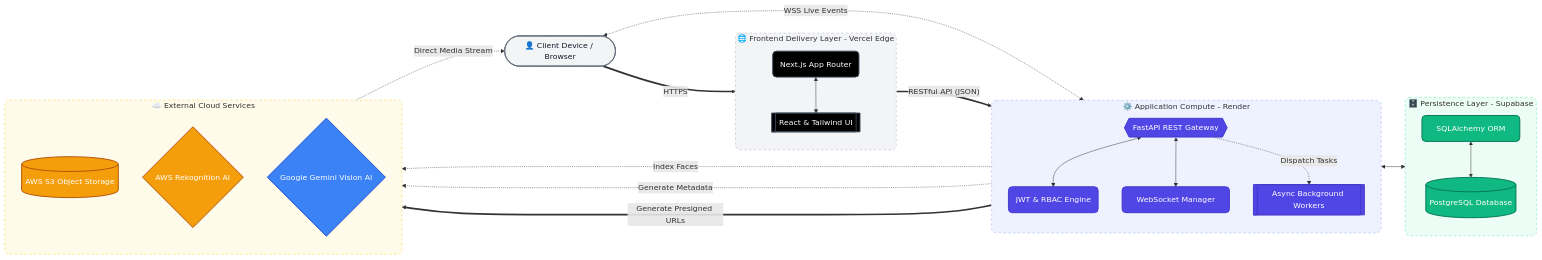
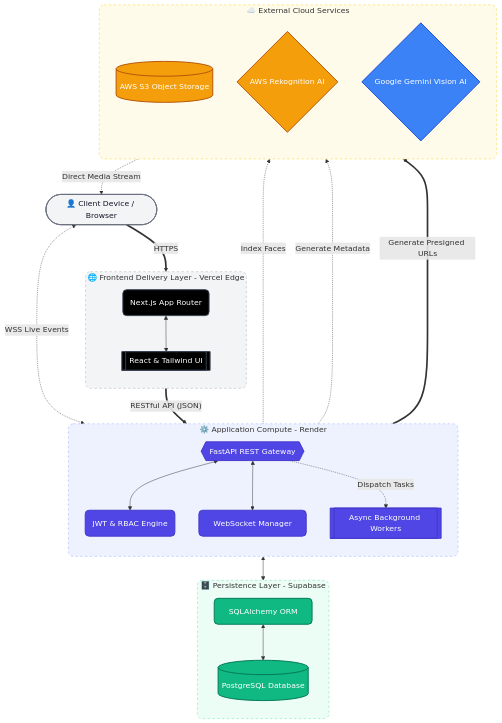
The diagram in architecture.md (divyansh070/cig_project_dev), drawn with Mermaid before and after one commit.

Commit message:
docs: Change architecture diagram to vertical layout

````diff
--- a/architecture.md
+++ b/architecture.md
@@ -7,78 +7,78 @@
 ```mermaid
-graph LR
+graph TB
     %% Actors
     Client([👤 Client Device / Browser])
 
     %% Frontend Subsystem
     subgraph Frontend [🌐 Frontend Delivery Layer - Vercel Edge]
         direction TB
         NextApp(Next.js App Router)
         ReactUI[[React & Tailwind UI]]
         NextApp <--> ReactUI
     end
 
     %% Backend Subsystem
     subgraph Backend [⚙️ Application Compute - Render]
         direction TB
         API{{FastAPI REST Gateway}}
         Auth(JWT & RBAC Engine)
         WSS[WebSocket Manager]
         Workers[[Async Background Workers]]
         
         API <--> Auth
         API <--> WSS
         API -. "Dispatch Tasks" .-> Workers
     end
 
     %% Database Subsystem
     subgraph Data [🗄️ Persistence Layer - Supabase]
         direction TB
         Supabase[(PostgreSQL Database)]
         ORM[SQLAlchemy ORM]
         ORM <--> Supabase
     end
 
     %% Cloud Services
     subgraph Cloud [☁️ External Cloud Services]
         direction TB
         S3[(AWS S3 Object Storage)]
         Rekognition{AWS Rekognition AI}
         Gemini{Google Gemini Vision AI}
     end
 
     %% Data Flow & Interactions
     Client == "HTTPS" ==> NextApp
     Client <-. "WSS Live Events" .-> WSS
     NextApp == "RESTful API (JSON)" ==> API
     
     API <--> ORM
     
     Workers -. "Index Faces" .-> Rekognition
     Workers -. "Generate Metadata" .-> Gemini
     
     API == "Generate Presigned URLs" ==> S3
     S3 -. "Direct Media Stream" .-> Client
 
     %% Custom Brand Styling
     classDef default fill:#f9fafb,stroke:#d1d5db,stroke-width:1px,color:#1f2937,rx:5px,ry:5px;
     classDef actor fill:#f3f4f6,stroke:#6b7280,stroke-width:2px,color:#111827;
     classDef vercel fill:#000000,stroke:#374151,stroke-width:2px,color:#ffffff,rx:8px,ry:8px;
     classDef render fill:#4f46e5,stroke:#4338ca,stroke-width:2px,color:#ffffff,rx:8px,ry:8px;
     classDef supabase fill:#10b981,stroke:#047857,stroke-width:2px,color:#ffffff,rx:8px,ry:8px;
     classDef aws fill:#f59e0b,stroke:#b45309,stroke-width:2px,color:#ffffff,rx:8px,ry:8px;
     classDef google fill:#3b82f6,stroke:#1d4ed8,stroke-width:2px,color:#ffffff,rx:8px,ry:8px;
     
     %% Assign Classes
     class Client actor;
     class NextApp,ReactUI vercel;
     class API,Auth,WSS,Workers render;
     class Supabase,ORM supabase;
     class S3,Rekognition aws;
     class Gemini google;
     
     %% Subgraph Styling
     style Frontend fill:#f3f4f6,stroke:#d1d5db,stroke-width:2px,stroke-dasharray: 5 5,rx:10px,ry:10px;
     style Backend fill:#eef2ff,stroke:#c7d2fe,stroke-width:2px,stroke-dasharray: 5 5,rx:10px,ry:10px;
     style Data fill:#ecfdf5,stroke:#a7f3d0,stroke-width:2px,stroke-dasharray: 5 5,rx:10px,ry:10px;
     style Cloud fill:#fffbeb,stroke:#fde68a,stroke-width:2px,stroke-dasharray: 5 5,rx:10px,ry:10px;
 ```
````
